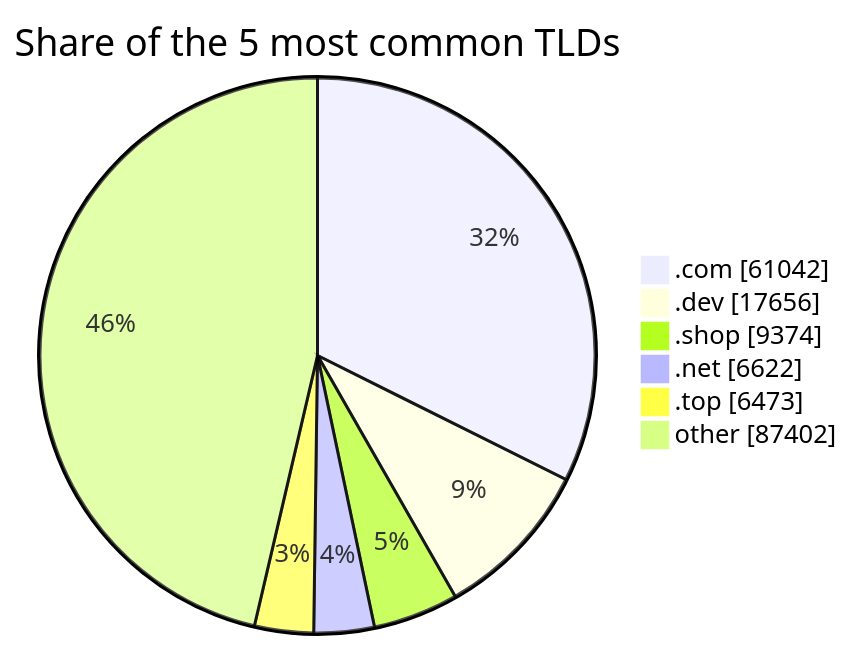
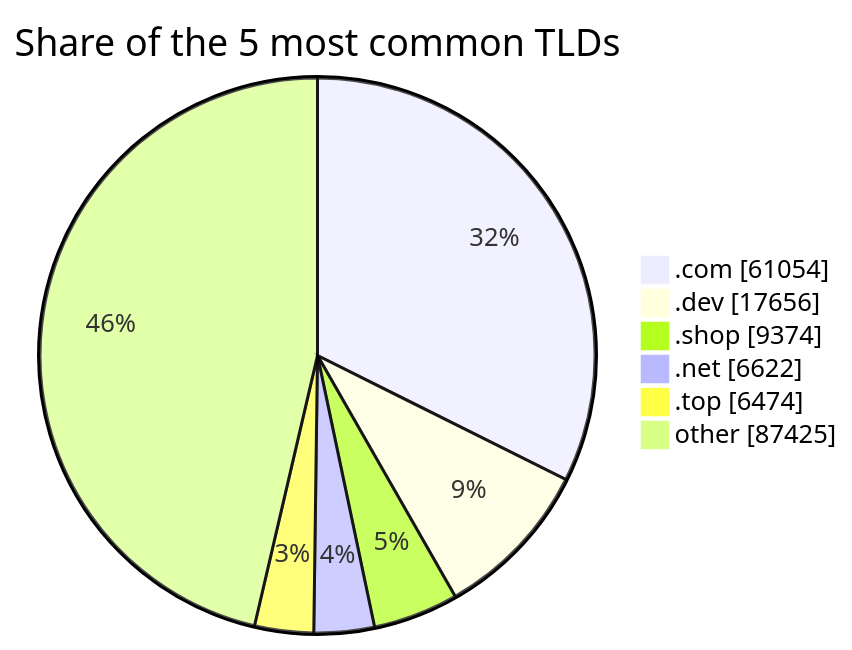
One commit to DNSBunker/CTI changed the third of 3 diagrams in README.md. Above: the diagram before and after it, drawn with Mermaid. The commit also changed other lines of this file and 3 other files, not shown here.

````diff
--- a/README.md
+++ b/README.md
@@ -81,9 +81,9 @@
 ```mermaid
 pie showData title Share of the 5 most common TLDs
-    ".com" : 61042
+    ".com" : 61054
     ".dev" : 17656
     ".shop" : 9374
     ".net" : 6622
-    ".top" : 6473
-    "other" : 87402
+    ".top" : 6474
+    "other" : 87425
 ```
````
